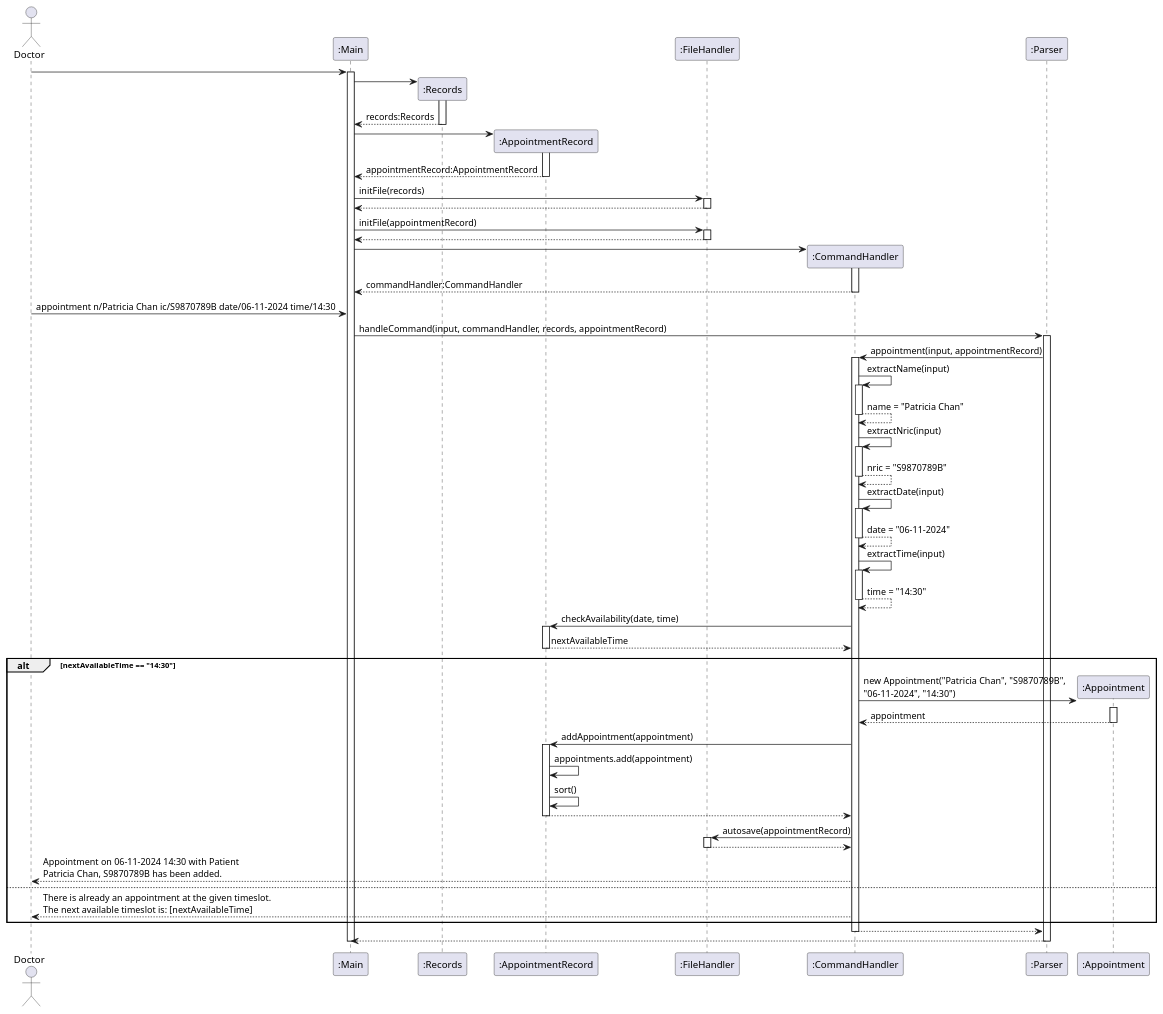
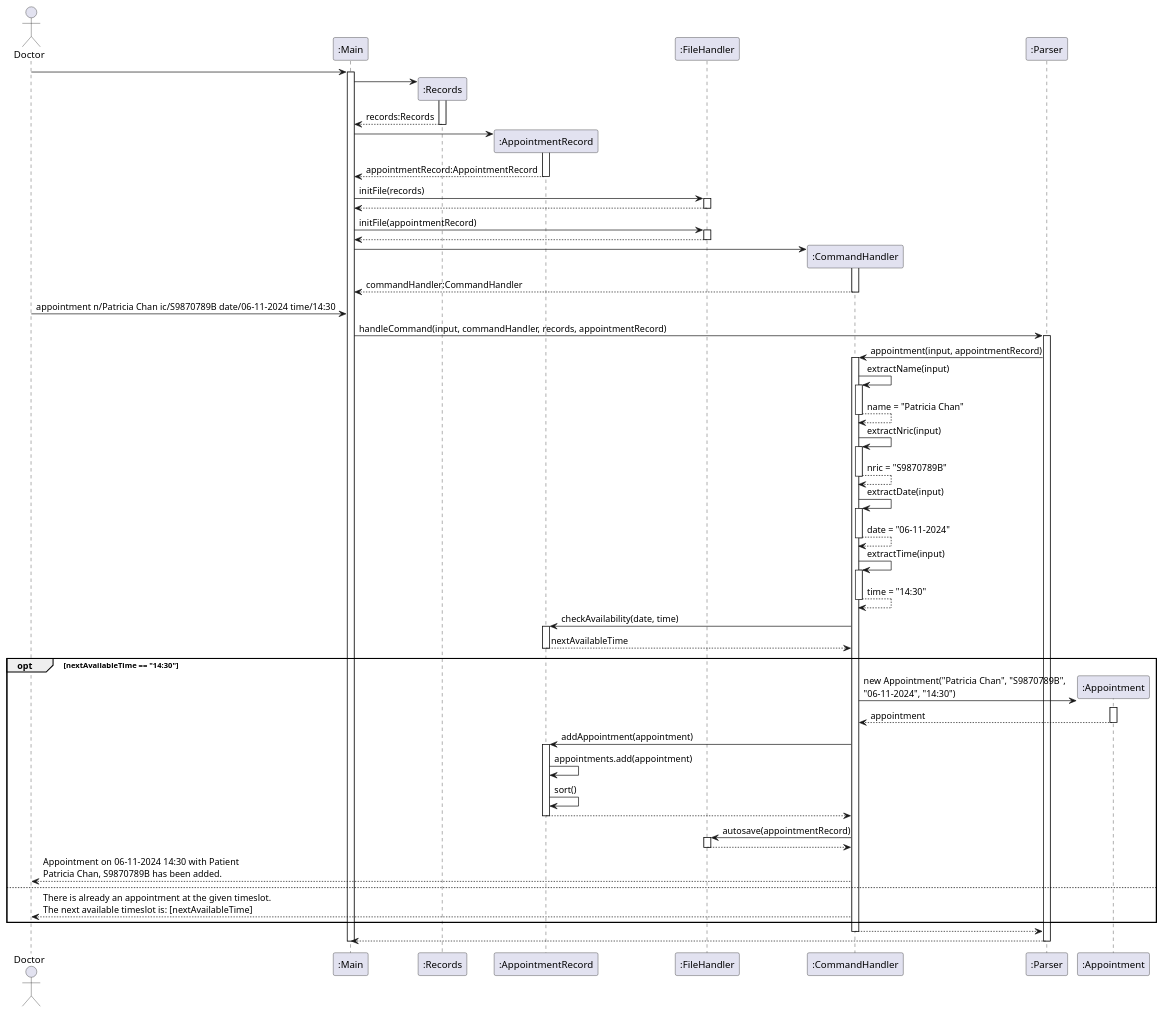
One commit to yentheng0110/tp changed the diagram in docs/NewAppointment.puml. Above: the diagram before and after it, drawn with PlantUML. The commit also changed 2 other files, not shown here.

```diff
--- a/docs/NewAppointment.puml
+++ b/docs/NewAppointment.puml
@@ -1,69 +1,69 @@
 @startuml
 'https://plantuml.com/sequence-diagram
 
 
 actor Doctor
 
 Doctor -> ":Main" ++
 ":Main" -> ":Records" **
 activate ":Records"
 ":Records" --> ":Main" --: records:Records
 
 ":Main" -> ":AppointmentRecord" **
 activate ":AppointmentRecord"
 ":AppointmentRecord" --> ":Main" --: appointmentRecord:AppointmentRecord
 
 ":Main" -> ":FileHandler" ++: initFile(records)
 ":FileHandler" --> ":Main" --
 
 ":Main" -> ":FileHandler" ++: initFile(appointmentRecord)
 ":FileHandler" --> ":Main" --
 
 ":Main" -> ":CommandHandler" **
 activate ":CommandHandler"
 ":CommandHandler" --> ":Main" --: commandHandler:CommandHandler
 
 Doctor -> ":Main": appointment n/Patricia Chan ic/S9870789B date/06-11-2024 time/14:30
 
 ":Main" -> ":Parser" ++: handleCommand(input, commandHandler, records, appointmentRecord)
 ":Parser" -> ":CommandHandler" ++: appointment(input, appointmentRecord)
 
 ":CommandHandler" -> ":CommandHandler" ++: extractName(input)
 ":CommandHandler" --> ":CommandHandler" --: name = "Patricia Chan"
 
 ":CommandHandler" -> ":CommandHandler" ++: extractNric(input)
 ":CommandHandler" --> ":CommandHandler" --: nric = "S9870789B"
 
 ":CommandHandler" -> ":CommandHandler" ++: extractDate(input)
 ":CommandHandler" --> ":CommandHandler" --: date = "06-11-2024"
 
 ":CommandHandler" -> ":CommandHandler" ++: extractTime(input)
 ":CommandHandler" --> ":CommandHandler" --: time = "14:30"
 
 ":CommandHandler" -> ":AppointmentRecord" ++: checkAvailability(date, time)
 ":AppointmentRecord" --> ":CommandHandler" --: nextAvailableTime
 
-alt nextAvailableTime == "14:30"
+opt nextAvailableTime == "14:30"
     create ":Appointment"
     ":CommandHandler" -> ":Appointment" **: new Appointment("Patricia Chan", "S9870789B",\n"06-11-2024", "14:30")
     activate ":Appointment"
     ":Appointment" --> ":CommandHandler" --: appointment
 
     ":CommandHandler" -> ":AppointmentRecord" ++: addAppointment(appointment)
     ":AppointmentRecord" -> ":AppointmentRecord": appointments.add(appointment)
     ":AppointmentRecord" -> ":AppointmentRecord": sort()
     return
 
     ":CommandHandler" -> ":FileHandler" ++: autosave(appointmentRecord)
     return
 
     Doctor <-- ":CommandHandler": Appointment on 06-11-2024 14:30 with Patient\nPatricia Chan, S9870789B has been added.
 else
     Doctor <-- ":CommandHandler": There is already an appointment at the given timeslot.\nThe next available timeslot is: [nextAvailableTime]
 end
 
 ":CommandHandler" --> ":Parser" --
 ":Parser" --> ":Main" --
 deactivate ":Main"
 
 @enduml
```
